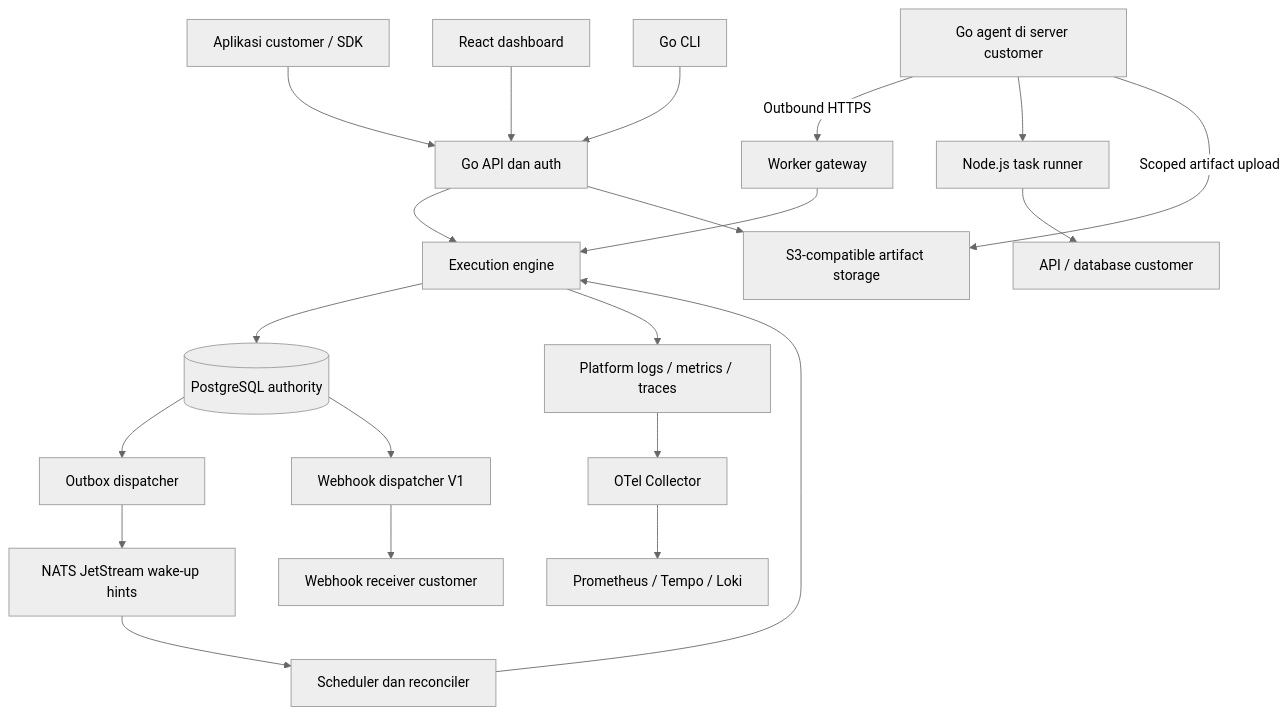
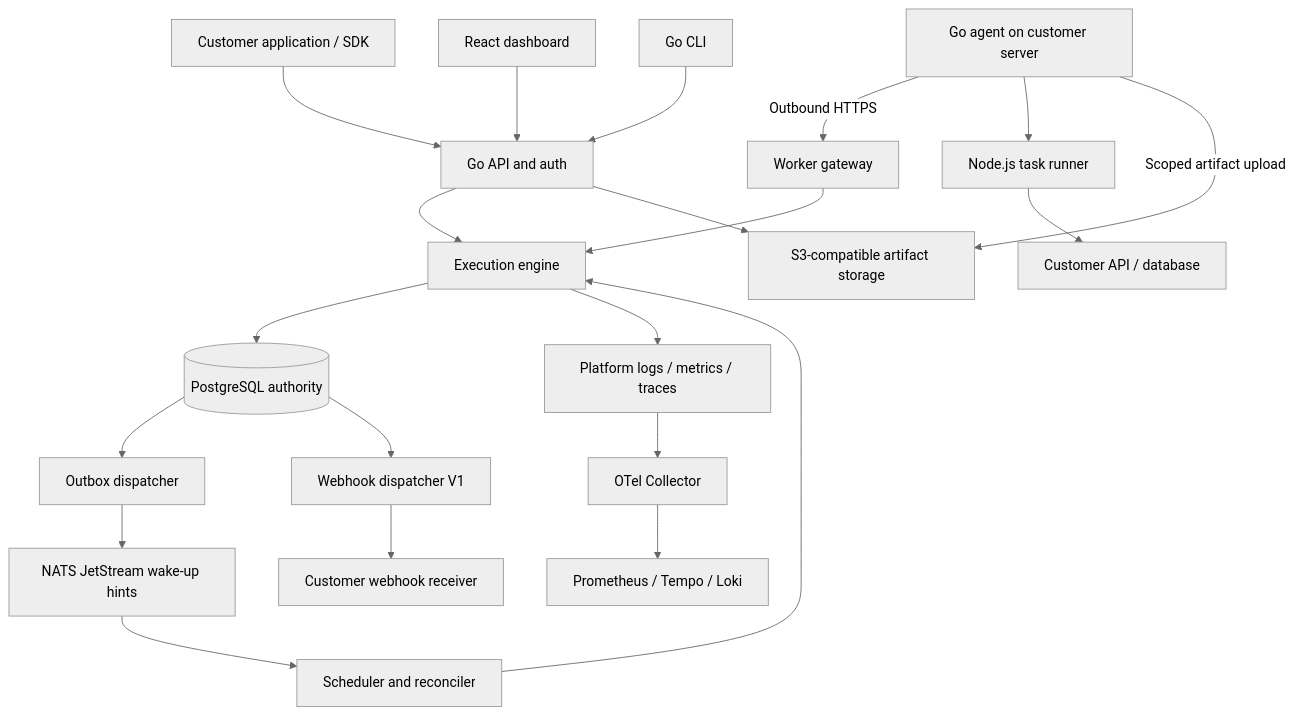
Before and after one commit to Ryanakml/Deadbolt: the second of 10 diagrams in raw_idea_plan.md, drawn with Mermaid (neutral theme). The commit also changed other lines of this file and 1 other file, not shown here.

````diff
--- a/raw_idea_plan.md
+++ b/raw_idea_plan.md
@@ -253,23 +287,23 @@
 ```mermaid
 flowchart TB
-    App[Aplikasi customer / SDK] --> API[Go API dan auth]
+    App[Customer application / SDK] --> API[Go API and auth]
     UI[React dashboard] --> API
     CLI[Go CLI] --> API
     API --> Engine[Execution engine]
-    Scheduler[Scheduler dan reconciler] --> Engine
+    Scheduler[Scheduler and reconciler] --> Engine
     Gateway[Worker gateway] --> Engine
     Engine --> DB[(PostgreSQL authority)]
     DB --> Outbox[Outbox dispatcher]
     Outbox --> NATS[NATS JetStream wake-up hints]
     NATS --> Scheduler
-    Worker[Go agent di server customer] -->|Outbound HTTPS| Gateway
+    Worker[Go agent on customer server] -->|Outbound HTTPS| Gateway
     Worker --> Node[Node.js task runner]
-    Node --> External[API / database customer]
+    Node --> External[Customer API / database]
     API --> Objects[S3-compatible artifact storage]
     Worker -->|Scoped artifact upload| Objects
     Engine --> Obs[Platform logs / metrics / traces]
     Obs --> Collector[OTel Collector]
     Collector --> Backends[Prometheus / Tempo / Loki]
     DB --> Webhook[Webhook dispatcher V1]
-    Webhook --> Receiver[Webhook receiver customer]
+    Webhook --> Receiver[Customer webhook receiver]
 ```
````
